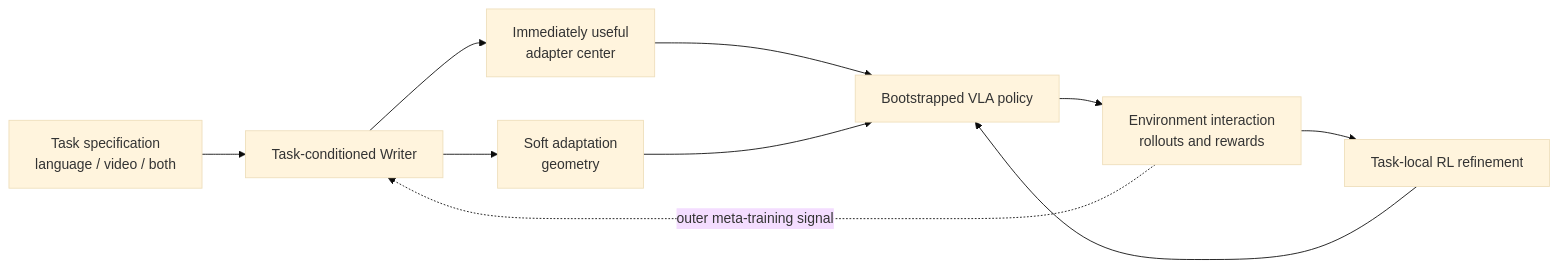
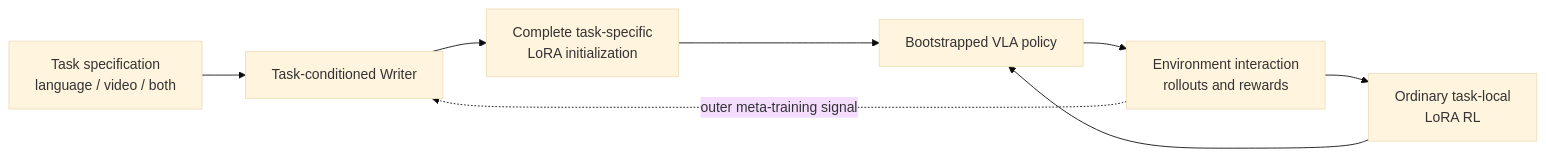
Before and after one commit to LinFyM/EMBER: the diagram in README.md, drawn with Mermaid (base theme). The commit also changed other lines of this file and 18 other files, not shown here.

````diff
--- a/README.md
+++ b/README.md
@@ -23,12 +21,10 @@
 ```mermaid
 flowchart LR
     S["Task specification<br/>language / video / both"] --> W["Task-conditioned Writer"]
-    W --> C["Immediately useful<br/>adapter center"]
-    W --> G["Soft adaptation<br/>geometry"]
-    C --> P["Bootstrapped VLA policy"]
-    G --> P
+    W --> L["Complete task-specific<br/>LoRA initialization"]
+    L --> P["Bootstrapped VLA policy"]
     P --> E["Environment interaction<br/>rollouts and rewards"]
-    E --> R["Task-local RL refinement"]
+    E --> R["Ordinary task-local<br/>LoRA RL"]
     R --> P
     E -. "outer meta-training signal" .-> W
 ```
````
